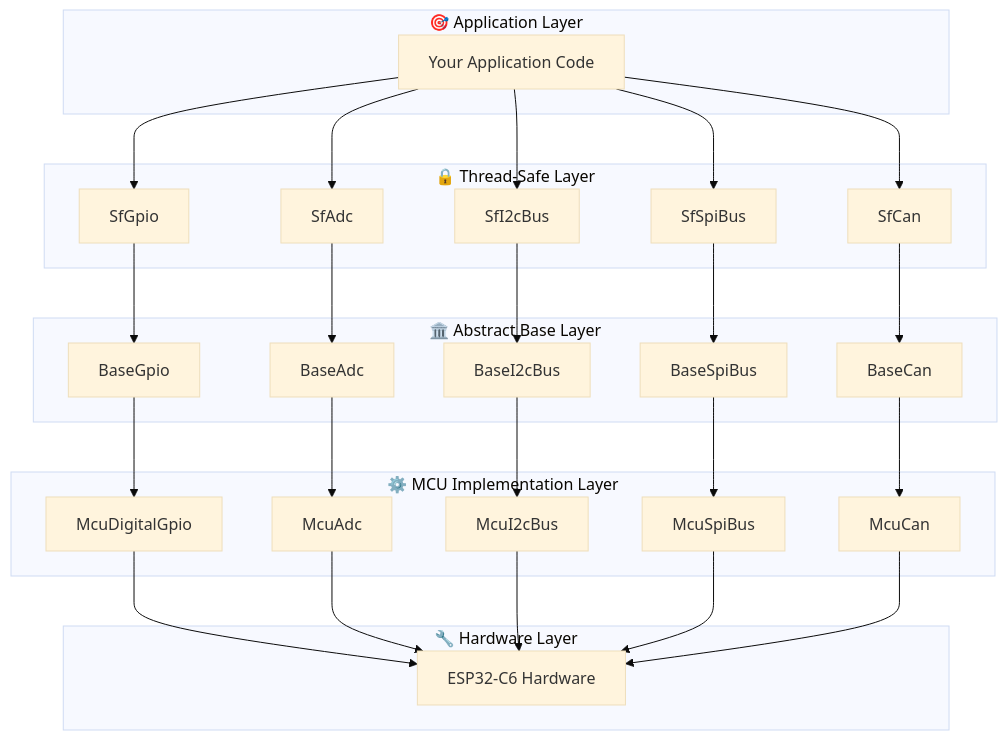
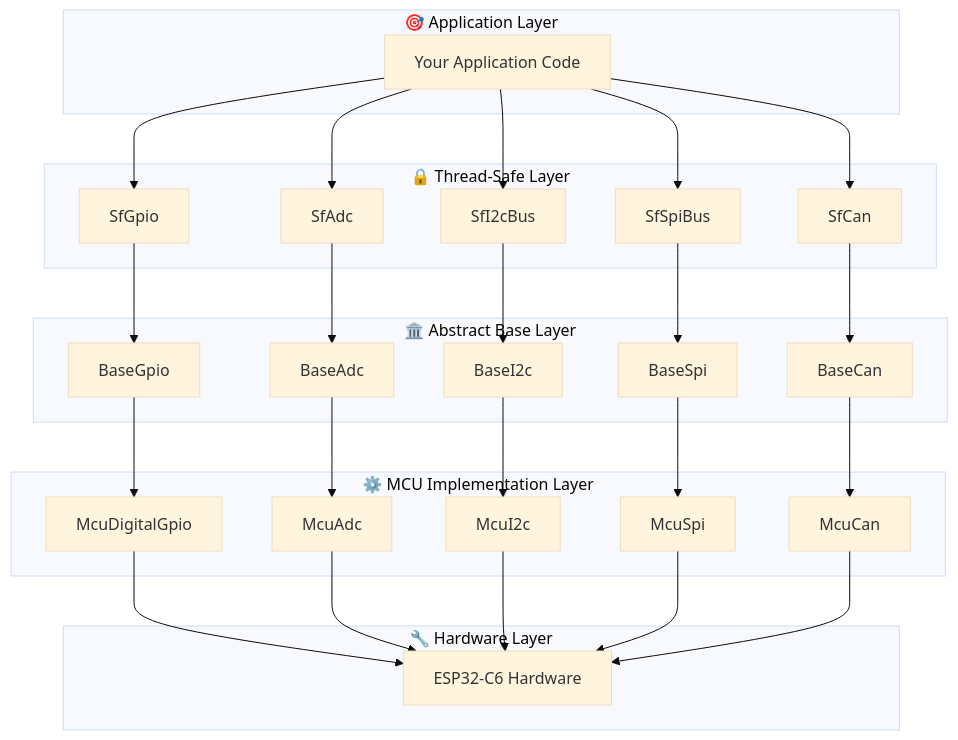
The diagram in docs/index.md (N3b3x/hf-internal-interface-wrap), drawn with Mermaid (base theme) before and after one commit. The commit also changed other lines of this file and 68 other files, not shown here.

````diff
--- a/docs/index.md
+++ b/docs/index.md
@@ -63,58 +63,58 @@
 ```mermaid
 graph TB
     subgraph "🎯 Application Layer"
         A[Your Application Code]
     end
     
     subgraph "🔒 Thread-Safe Layer"
         B[SfGpio] 
         C[SfAdc]
         D[SfI2cBus]
         E[SfSpiBus]
         F[SfCan]
     end
     
     subgraph "🏛️ Abstract Base Layer"
         G[BaseGpio]
         H[BaseAdc] 
-        I[BaseI2cBus]
-        J[BaseSpiBus]
+        I[BaseI2c]
+        J[BaseSpi]
         K[BaseCan]
     end
     
     subgraph "⚙️ MCU Implementation Layer"
         L[McuDigitalGpio]
         M[McuAdc]
-        N[McuI2cBus]
-        O[McuSpiBus]
+        N[McuI2c]
+        O[McuSpi]
         P[McuCan]
     end
     
     subgraph "🔧 Hardware Layer"
         Q[ESP32-C6 Hardware]
     end
     
     A --> B
     A --> C
     A --> D
     A --> E
     A --> F
     
     B --> G
     C --> H
     D --> I
     E --> J
     F --> K
     
     G --> L
     H --> M
     I --> N
     J --> O
     K --> P
     
     L --> Q
     M --> Q
     N --> Q
     O --> Q
     P --> Q
 ```
````
